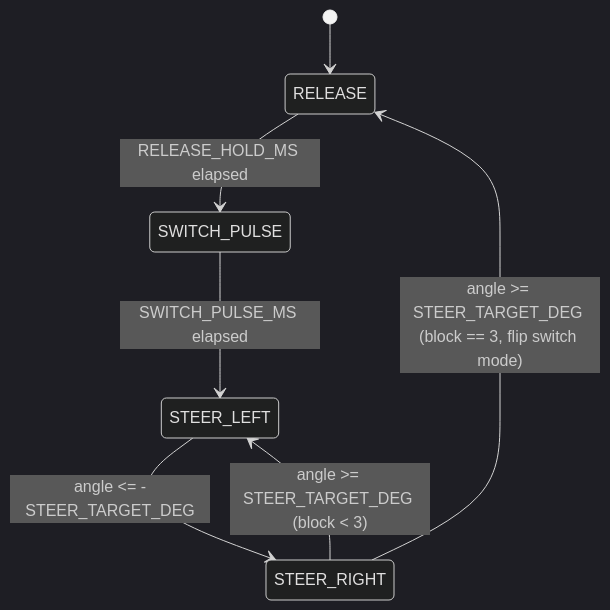
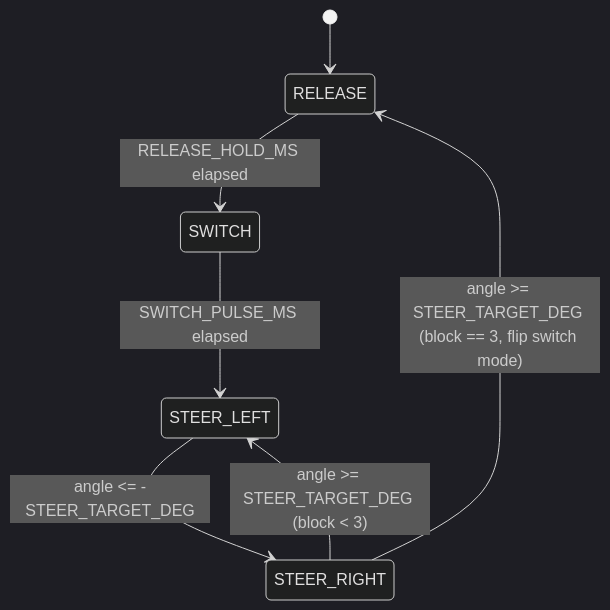
One commit to lucaterraneo/SteeringTest changed the third of 3 diagrams in README.md. Above: the diagram before and after it, drawn with Mermaid (dark theme). The commit also changed other lines of this file and 5 other files, not shown here.

````diff
--- a/README.md
+++ b/README.md
@@ -259,9 +258,9 @@
 ```mermaid
 stateDiagram-v2
   [*] --> RELEASE
-  RELEASE --> SWITCH_PULSE: RELEASE_HOLD_MS elapsed
-  SWITCH_PULSE --> STEER_LEFT: SWITCH_PULSE_MS elapsed
+  RELEASE --> SWITCH: RELEASE_HOLD_MS elapsed
+  SWITCH --> STEER_LEFT: SWITCH_PULSE_MS elapsed
   STEER_LEFT --> STEER_RIGHT: angle <= -STEER_TARGET_DEG
   STEER_RIGHT --> STEER_LEFT: angle >= STEER_TARGET_DEG (block < 3)
   STEER_RIGHT --> RELEASE: angle >= STEER_TARGET_DEG (block == 3, flip switch mode)
 ```
````
